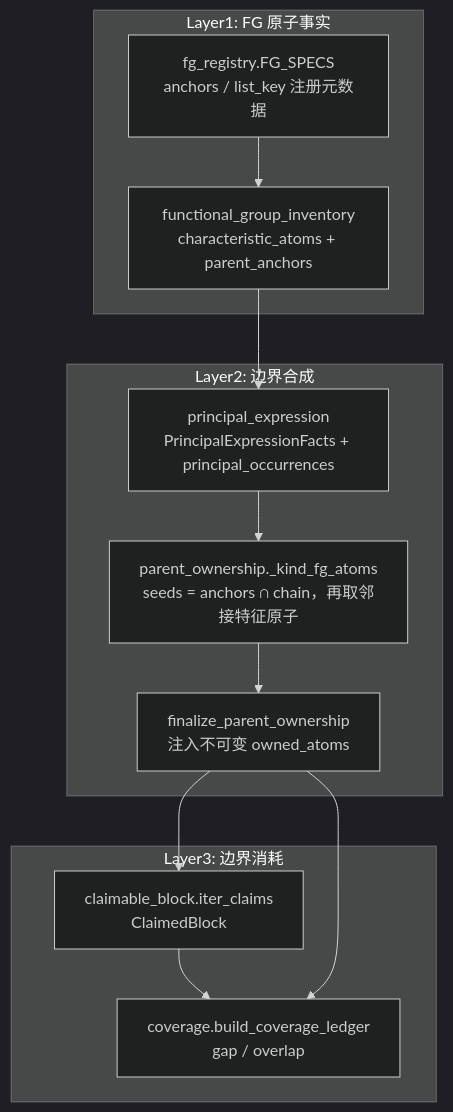
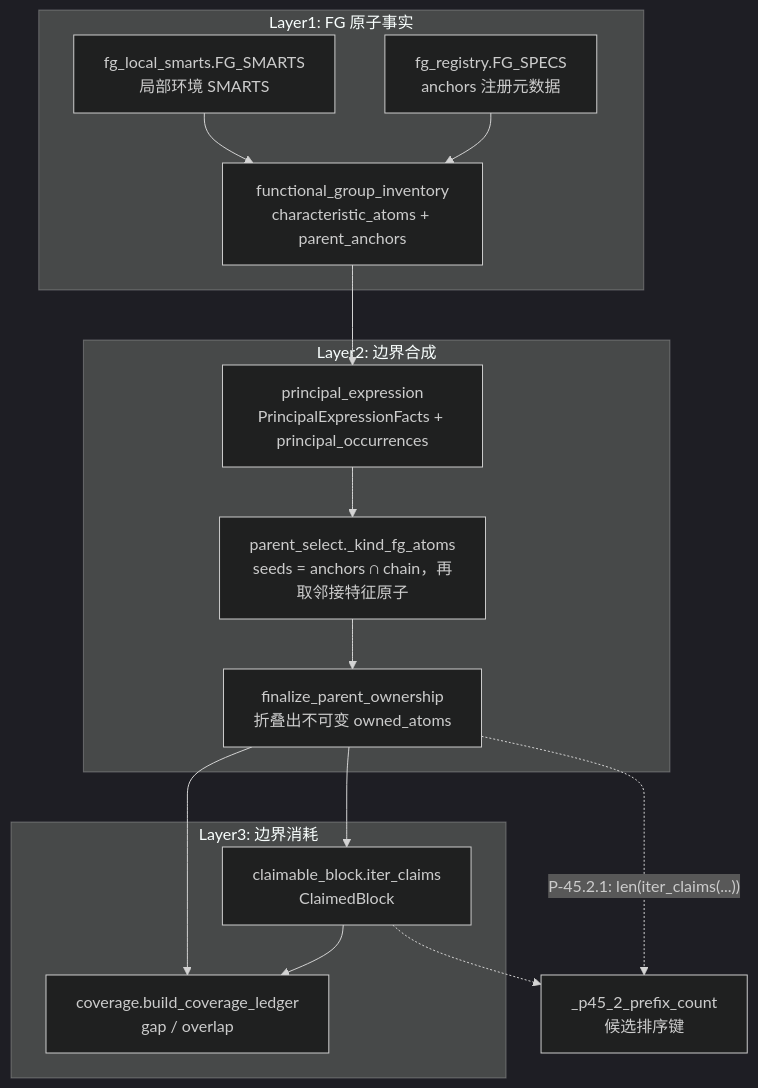
Before and after one commit to zouxiaofei1/OpenSMILES: the first of 2 diagrams in docs/wiki/concepts/atom-ownership.md, drawn with Mermaid (dark theme). The commit also changed other lines of this file and 20 other files, not shown here.

````diff
--- a/docs/wiki/concepts/atom-ownership.md
+++ b/docs/wiki/concepts/atom-ownership.md
@@ -16,22 +19,26 @@
 ```mermaid
 flowchart TD
     subgraph L1["Layer1: FG 原子事实"]
-        SPECS["fg_registry.FG_SPECS<br/>anchors / list_key 注册元数据"]
+        SPECS["fg_registry.FG_SPECS<br/>anchors 注册元数据"]
+        SMARTS["fg_local_smarts.FG_SMARTS<br/>局部环境 SMARTS"]
         INV["functional_group_inventory<br/>characteristic_atoms + parent_anchors"]
         SPECS --> INV
+        SMARTS --> INV
     end
     subgraph L2["Layer2: 边界合成"]
         FACTS["principal_expression<br/>PrincipalExpressionFacts + principal_occurrences"]
-        OWN["parent_ownership._kind_fg_atoms<br/>seeds = anchors ∩ chain，再取邻接特征原子"]
-        FIN["finalize_parent_ownership<br/>注入不可变 owned_atoms"]
+        OWN["parent_select._kind_fg_atoms<br/>seeds = anchors ∩ chain，再取邻接特征原子"]
+        FIN["finalize_parent_ownership<br/>折叠出不可变 owned_atoms"]
         FACTS --> OWN --> FIN
     end
     subgraph L3["Layer3: 边界消耗"]
         CLAIM["claimable_block.iter_claims<br/>ClaimedBlock"]
         LEDGER["coverage.build_coverage_ledger<br/>gap / overlap"]
         CLAIM --> LEDGER
     end
     INV --> FACTS
     FIN --> CLAIM
     FIN --> LEDGER
+    FIN -. "P-45.2.1: len(iter_claims(...))" .-> COUNT["_p45_2_prefix_count<br/>候选排序键"]
+    CLAIM -.-> COUNT
 ```
````
